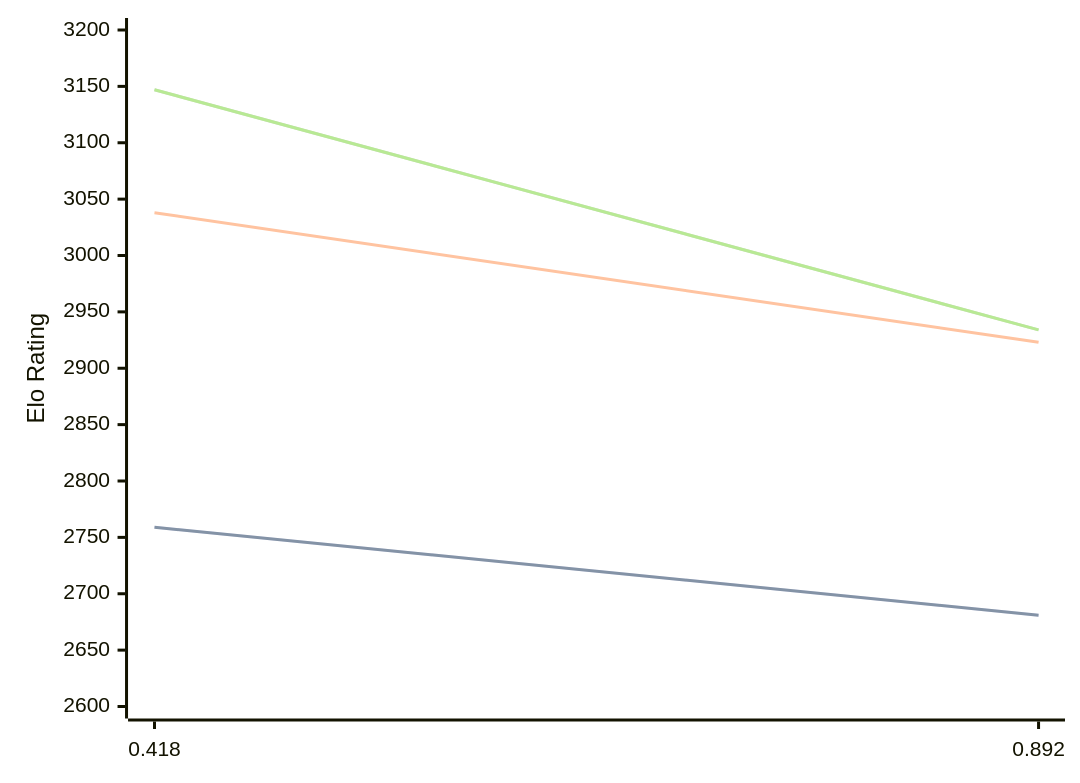
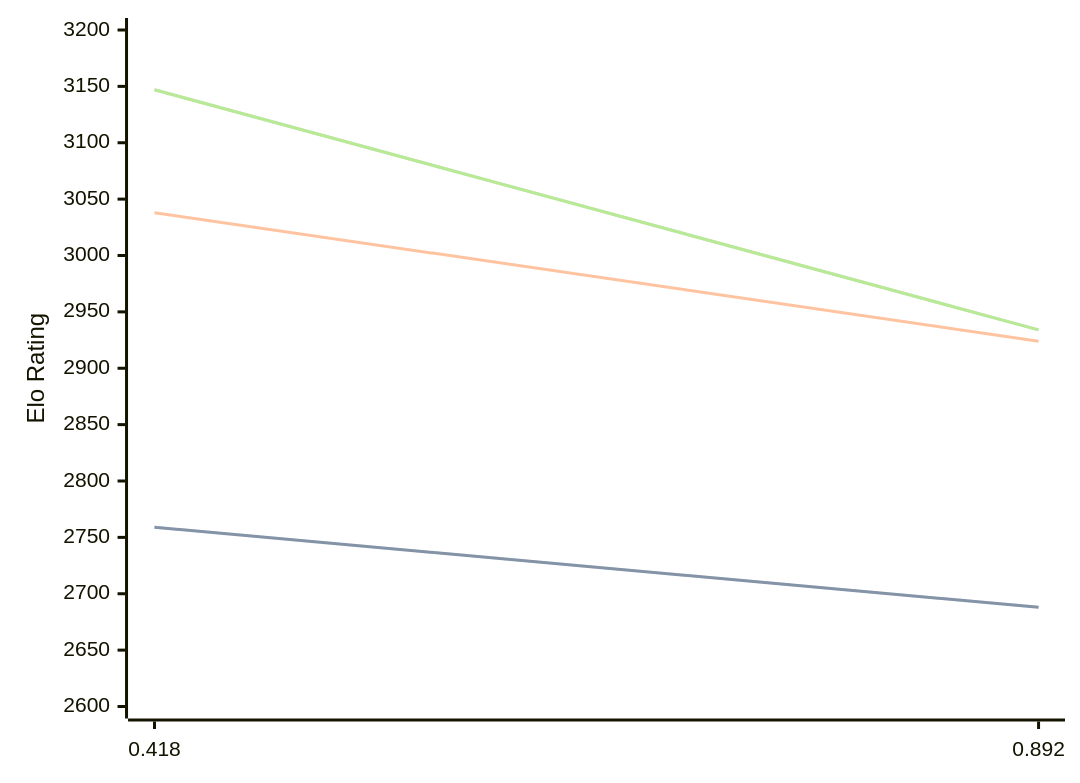
The diagram in engines/Malika.md (computer-chess-index/cci), drawn with Mermaid before and after one commit. The commit also changed other lines of this file, not shown here.

Commit message:
Update CCI Ratings (ELO VLTC) - 2026-03-02

````diff
--- a/engines/Malika.md
+++ b/engines/Malika.md
@@ -30,11 +30,11 @@
 ```mermaid
 %%{init: {"theme":"base","themeVariables":{"seriesColors:['#a3a3a3','#222221','#faa371']}}}%%
 xychart-beta
   x-axis ["0.418", "0.892"]
   y-axis "Elo Rating" 2600 --> 3200
-  line "STC (8.0+0.08s)" [2759, 2681]
-  line "STC (8.0+0.08s)" [2759, 2681]
-  line "LTC (60.0+0.60s)" [3038, 2923]
+  line "STC (8.0+0.08s)" [2759, 2688]
+  line "STC (8.0+0.08s)" [2759, 2688]
+  line "LTC (60.0+0.60s)" [3038, 2924]
   line "VLTC (2m24s+1.12s)" [3147, 2934]
   line "VLTC (2m24s+1.12s)" [3147, 2934]
 ```
````
